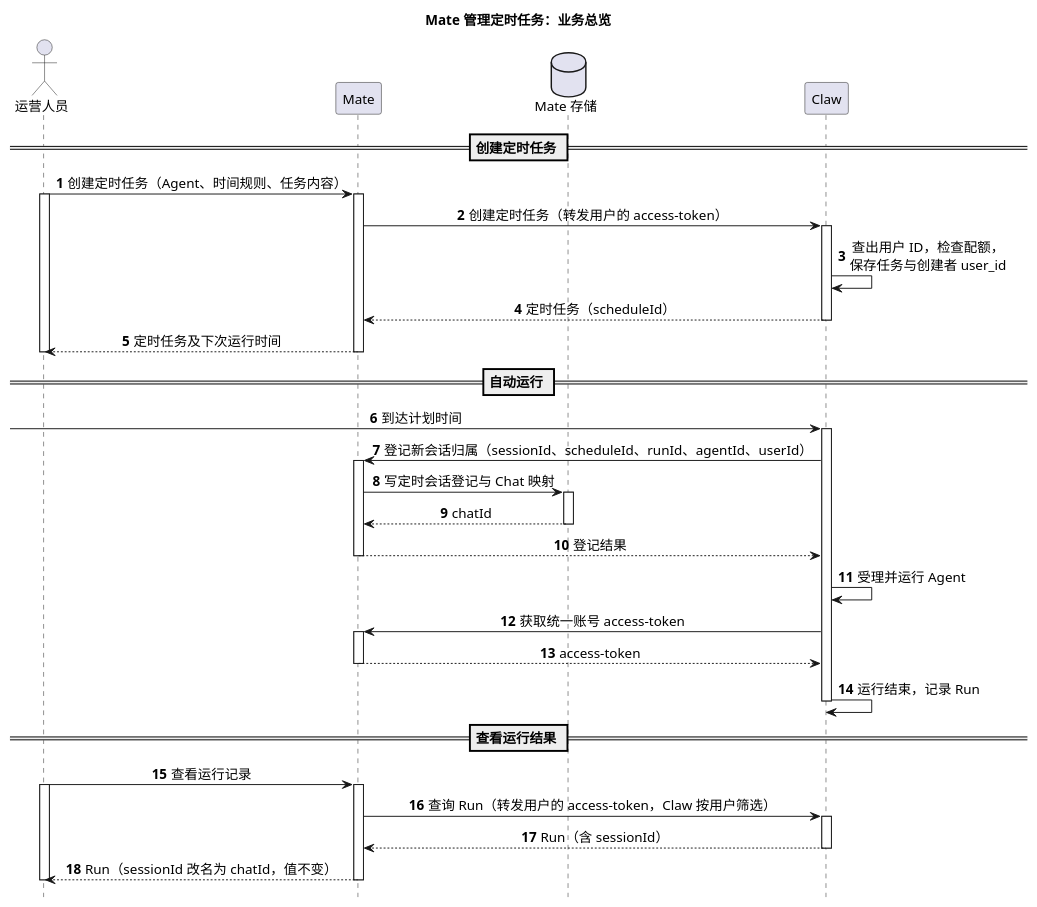
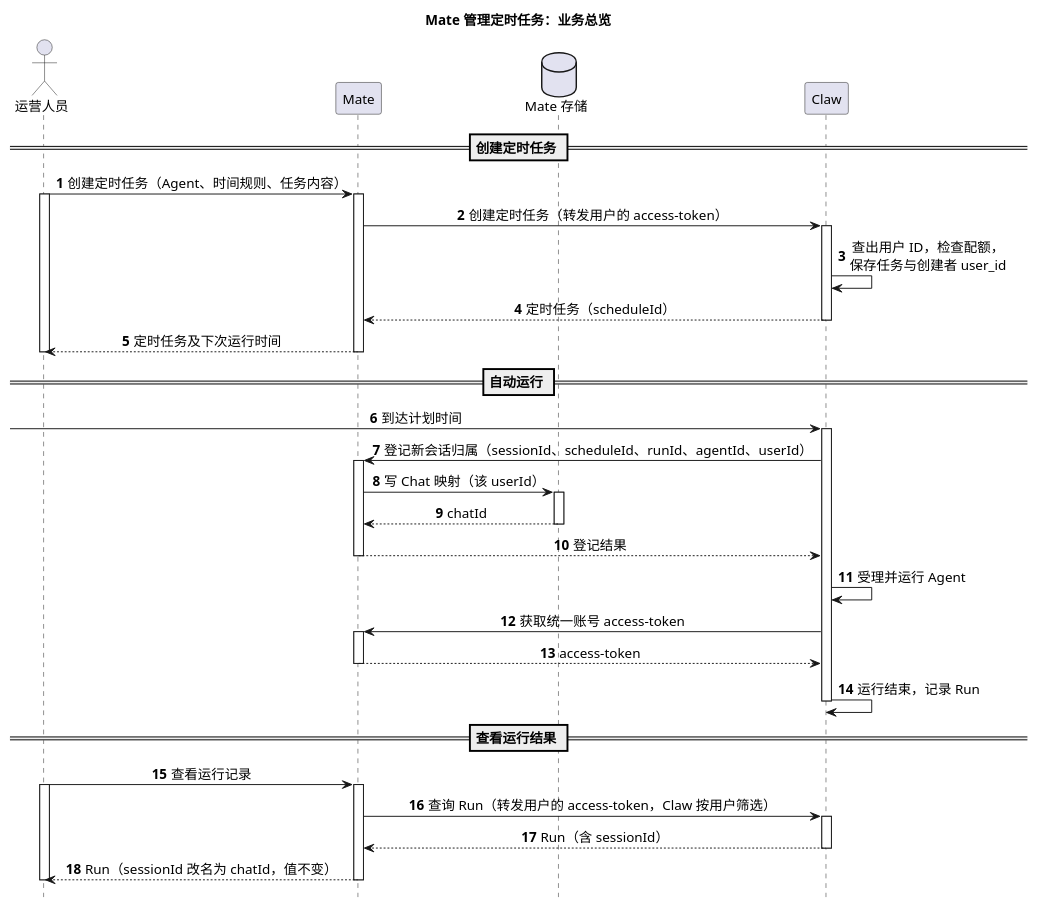
Before and after one commit to ssm0808/pi-mono-java-design: the first of 14 diagrams in 02-服务与接口/08-CampusMate定时任务/diagram.puml, drawn with PlantUML. The commit also changed other lines of this file and 7 other files, not shown here.

First line of the commit message:
定时任务：删除 Mate 的 t_schedule_session 与对账，登记只写 Chat 映射

```diff
--- a/02-服务与接口/08-CampusMate定时任务/diagram.puml
+++ b/02-服务与接口/08-CampusMate定时任务/diagram.puml
@@ -1,43 +1,43 @@
 @startuml mate_schedule_overview
 ' 目标：待实现；Mate 侧业务总览，从创建定时任务、一次自动运行到查看运行结果。
 ' Claw 基线：pi-mono-java main ead67eba；Claw 侧规则以 01-总体架构/08-CampusClaw定时任务/README.md 0.71.0 为准。
 ' mate-service 源码未核验；Mate 存储为逻辑记录，物理表由 Mate 实现决定。
 ' 粒度：参与者为服务级；Mate 内部组件的协作见详细时序 mate_schedule_create 与 mate_session_registration。
 ' 表达方式：只画正常流程；任务归属只在 Claw（2026-10-21 确定 Mate 不保存 t_schedule）；失败与恢复见 README.md 第 5.2.1 节。
 title Mate 管理定时任务：业务总览
 hide footbox
 skinparam backgroundColor white
 skinparam defaultFontSize 14
 skinparam sequenceMessageAlign center
 actor "运营人员" as Operator
 participant "Mate" as Mate
 database "Mate 存储" as MateStore
 participant "Claw" as Claw
 autonumber
 == 创建定时任务 ==
 Operator -> Mate ++ : 创建定时任务（Agent、时间规则、任务内容）
 activate Operator
 Mate -> Claw ++ : 创建定时任务（转发用户的 access-token）
 Claw -> Claw : 查出用户 ID，检查配额，\n保存任务与创建者 user_id
 return 定时任务（scheduleId）
 return 定时任务及下次运行时间
 deactivate Operator
 == 自动运行 ==
 [-> Claw ++ : 到达计划时间
 Claw -> Mate ++ : 登记新会话归属（sessionId、scheduleId、runId、agentId、userId）
-Mate -> MateStore ++ : 写定时会话登记与 Chat 映射
+Mate -> MateStore ++ : 写 Chat 映射（该 userId）
 return chatId
 return 登记结果
 Claw -> Claw : 受理并运行 Agent
 Claw -> Mate ++ : 获取统一账号 access-token
 return access-token
 Claw -> Claw : 运行结束，记录 Run
 deactivate Claw
 == 查看运行结果 ==
 Operator -> Mate ++ : 查看运行记录
 activate Operator
 Mate -> Claw ++ : 查询 Run（转发用户的 access-token，Claw 按用户筛选）
 return Run（含 sessionId）
 return Run（sessionId 改名为 chatId，值不变）
 deactivate Operator
 @enduml
```
